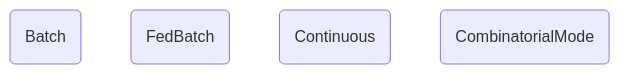
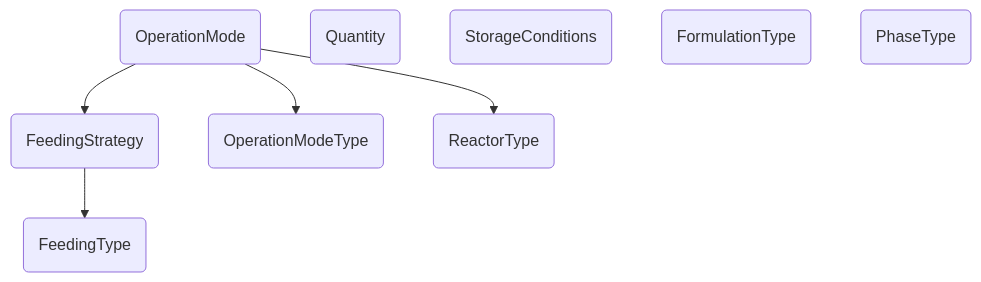
Before and after one commit to Strenda-biocatalysis/Strenda-biocatalysis: the diagram in docs/guidelines/operation_mode.md, drawn with Mermaid. The commit also changed other lines of this file and 94 other files, not shown here.

````diff
--- a/docs/guidelines/operation_mode.md
+++ b/docs/guidelines/operation_mode.md
@@ -6,12 +11,26 @@
     ``` mermaid
     flowchart TB
-        batch(Batch)
-        fedbatch(FedBatch)
-        continuous(Continuous)
-        combinatorialmode(CombinatorialMode)
+        operationmode(OperationMode)
+        feedingstrategy(FeedingStrategy)
+        quantity(Quantity)
+        storageconditions(StorageConditions)
+        operationmodetype(OperationModeType)
+        feedingtype(FeedingType)
+        formulationtype(FormulationType)
+        phasetype(PhaseType)
+        reactortype(ReactorType)
+        operationmode(OperationMode) --> operationmodetype(OperationModeType)
+        operationmode(OperationMode) --> reactortype(ReactorType)
+        operationmode(OperationMode) --> feedingstrategy(FeedingStrategy)
+        feedingstrategy(FeedingStrategy) --> feedingtype(FeedingType)
 
-        click batch "#batch" "Go to Batch"
-        click fedbatch "#fedbatch" "Go to FedBatch"
-        click continuous "#continuous" "Go to Continuous"
-        click combinatorialmode "#combinatorialmode" "Go to CombinatorialMode"
+        click operationmode "#operationmode" "Go to OperationMode"
+        click feedingstrategy "#feedingstrategy" "Go to FeedingStrategy"
+        click quantity "#quantity" "Go to Quantity"
+        click storageconditions "#storageconditions" "Go to StorageConditions"
+        click operationmodetype "#operationmodetype" "Go to OperationModeType"
+        click feedingtype "#feedingtype" "Go to FeedingType"
+        click formulationtype "#formulationtype" "Go to FormulationType"
+        click phasetype "#phasetype" "Go to PhaseType"
+        click reactortype "#reactortype" "Go to ReactorType"
     ```
````
